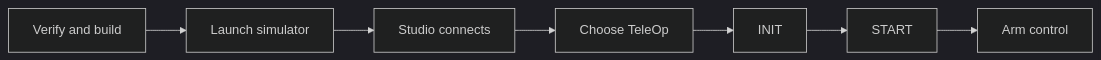
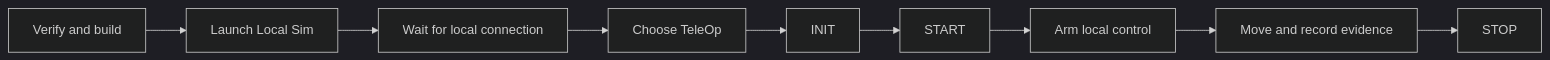
One commit to ARES-23247/ARESWEB changed the diagram in content/learning/robotics-foundations/03-first-ftc-simulation.md. Above: the diagram before and after it, drawn with Mermaid (dark theme). The commit also changed other lines of this file and 7 other files, not shown here.

````diff
--- a/content/learning/robotics-foundations/03-first-ftc-simulation.md
+++ b/content/learning/robotics-foundations/03-first-ftc-simulation.md
@@ -24,10 +36,12 @@
 ```mermaid
-%% aria: Build the project, launch the simulator, connect Studio, select a TeleOp, send INIT and START, then arm local control.
+%% aria: The student verifies and builds the selected project, launches the local simulator, waits for a local connection, selects a TeleOp, sends INIT and START, arms local control, and checks changing simulator evidence before stopping.
 flowchart LR
-    A["Verify and build"] --> B["Launch simulator"]
-    B --> C["Studio connects"]
-    C --> D["Choose TeleOp"]
-    D --> E["INIT"]
-    E --> F["START"]
-    F --> G["Arm control"]
+  A["Verify and build"] --> B["Launch Local Sim"]
+  B --> C["Wait for local connection"]
+  C --> D["Choose TeleOp"]
+  D --> E["INIT"]
+  E --> F["START"]
+  F --> G["Arm local control"]
+  G --> H["Move and record evidence"]
+  H --> I["STOP"]
 ```
````
